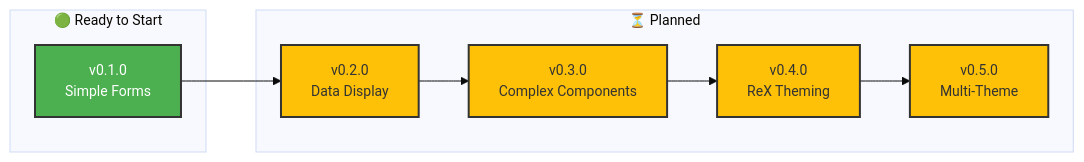
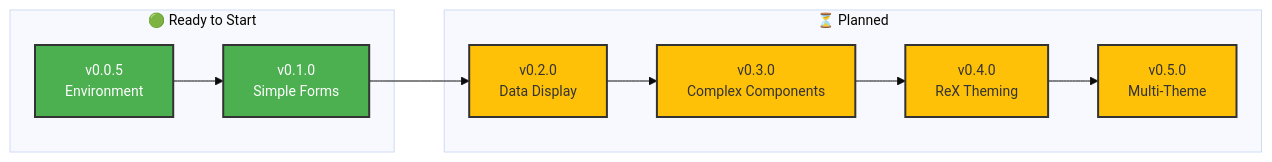
The diagram in backstage/ROADMAP.md (sallen-wiley/next.js-test), drawn with Mermaid before and after one commit. The commit also changed other lines of this file and 33 other files, not shown here.

````diff
--- a/backstage/ROADMAP.md
+++ b/backstage/ROADMAP.md
@@ -13,25 +13,28 @@
 ```mermaid
 %%{init: {'theme':'base', 'themeVariables': { 'fontSize':'14px'}}}%%
 graph LR
     subgraph Ready["🟢 Ready to Start"]
+        v005[v0.0.5<br/>Environment]
         v01[v0.1.0<br/>Simple Forms]
     end
 
     subgraph Planned["⏳ Planned"]
         v02[v0.2.0<br/>Data Display]
         v03[v0.3.0<br/>Complex Components]
         v04[v0.4.0<br/>ReX Theming]
         v05[v0.5.0<br/>Multi-Theme]
     end
 
+    v005 --> v01
     v01 --> v02
     v02 --> v03
     v03 --> v04
     v04 --> v05
 
+    style v005 fill:#4caf50,stroke:#333,stroke-width:2px,color:#fff
     style v01 fill:#4caf50,stroke:#333,stroke-width:2px,color:#fff
     style v02 fill:#ffc107,stroke:#333,stroke-width:2px
     style v03 fill:#ffc107,stroke:#333,stroke-width:2px
     style v04 fill:#ffc107,stroke:#333,stroke-width:2px
     style v05 fill:#ffc107,stroke:#333,stroke-width:2px
 ```
````
